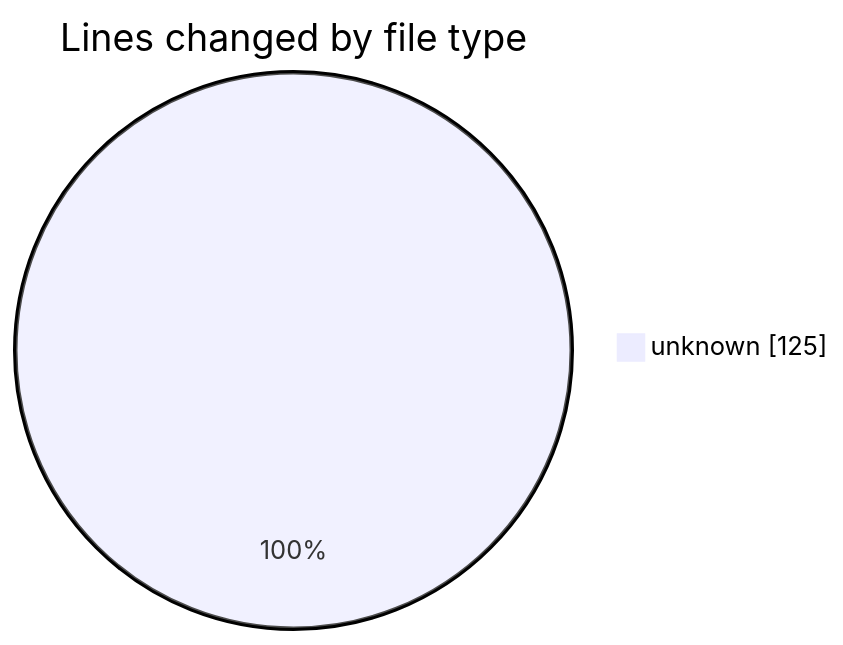
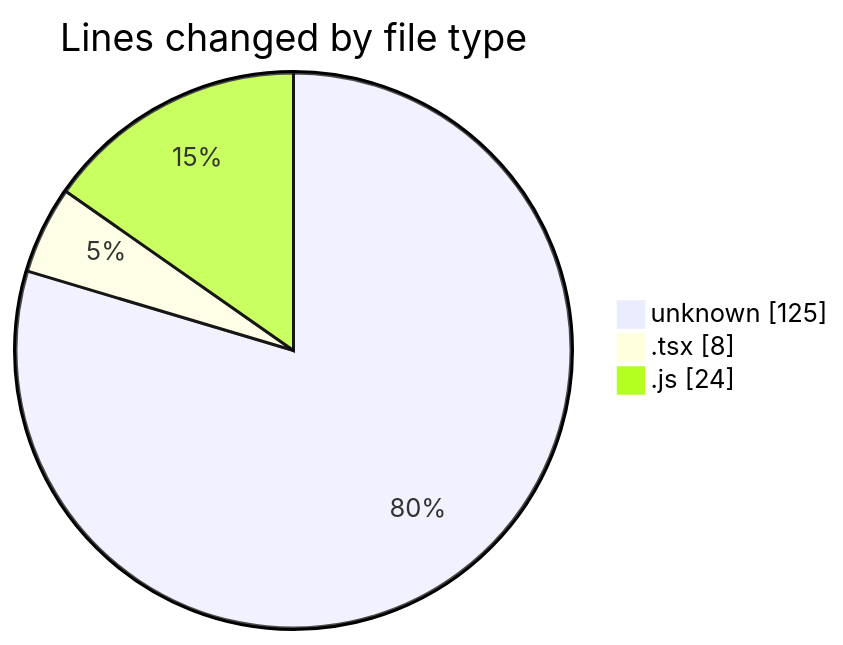
The first of 2 diagrams in 2026-09-15/cda/README.md (momahboobian/code-tracking), drawn with Mermaid before and after one commit. The commit also changed other lines of this file and 1 other file, not shown here.

````diff
--- a/2026-09-15/cda/README.md
+++ b/2026-09-15/cda/README.md
@@ -20,5 +22,7 @@
 ```mermaid
 pie showData
 title Lines changed by file type
 "unknown" : 125
+".tsx" : 8
+".js" : 24
 ```
````
